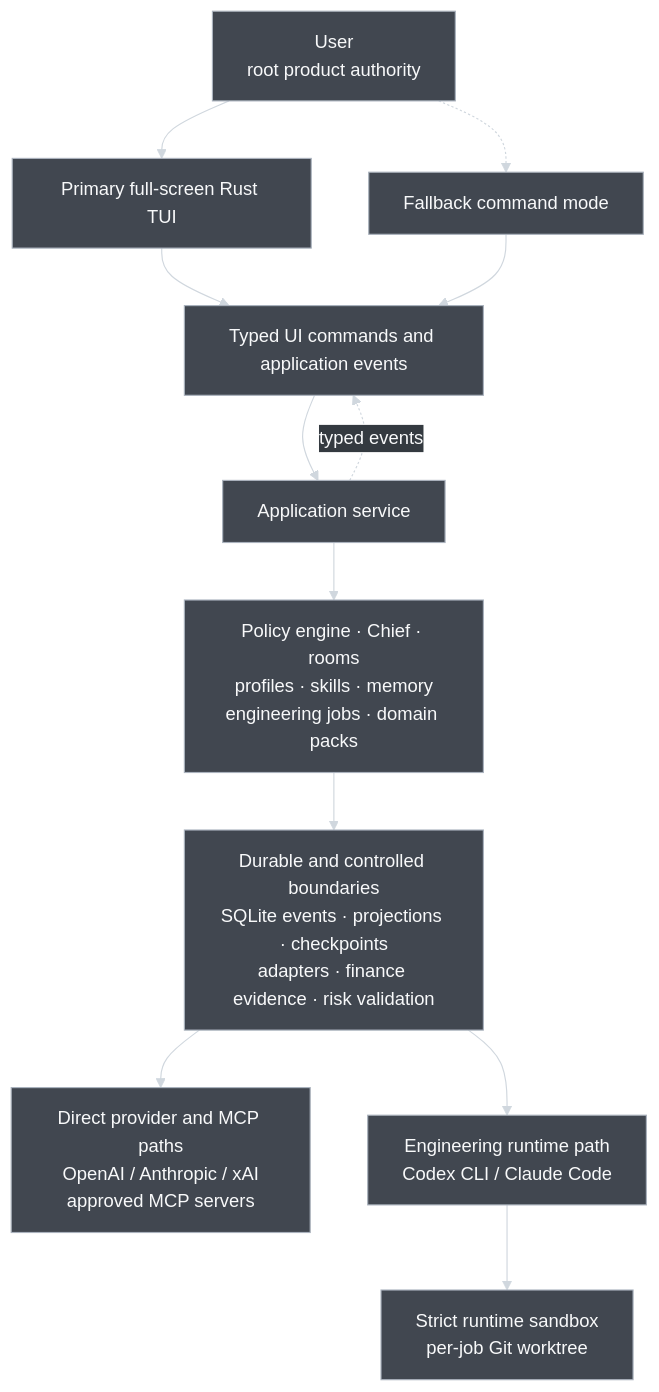
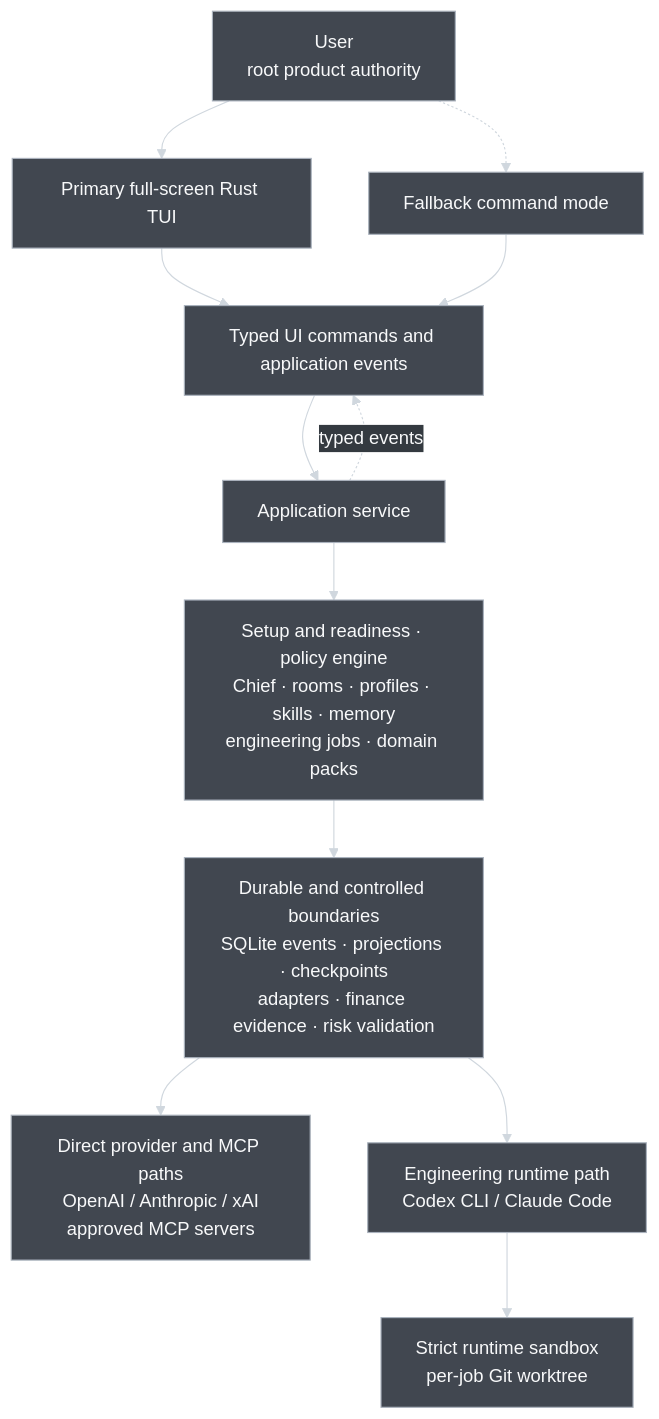
Before and after one commit to nsnguyen/ai-stock-forum: the first of 7 diagrams in architecture.md, drawn with Mermaid. The commit also changed other lines of this file and 1 other file, not shown here.

Commit message:
docs: add version 1 onboarding flow

````diff
--- a/architecture.md
+++ b/architecture.md
@@ -157,36 +179,36 @@
 ```mermaid
 ---
 config:
   theme: base
   themeCSS: "svg { background-color: #2B2F36 !important; }"
   themeVariables:
     darkMode: true
     background: "#2B2F36"
     primaryColor: "#414750"
     primaryTextColor: "#F8F9FA"
     primaryBorderColor: "#AAB2BD"
     secondaryColor: "#343A40"
     secondaryTextColor: "#F8F9FA"
     secondaryBorderColor: "#9AA4AF"
     tertiaryColor: "#4B525C"
     tertiaryTextColor: "#FFFFFF"
     tertiaryBorderColor: "#C5CCD3"
     lineColor: "#D0D7DE"
     textColor: "#F8F9FA"
     edgeLabelBackground: "#343A40"
     clusterBkg: "#30353C"
     clusterBorder: "#8C959F"
 ---
 flowchart TB
     User["User<br/>root product authority"] --> Tui["Primary full-screen Rust TUI"]
     User -.-> Command["Fallback command mode"]
     Tui --> Boundary["Typed UI commands and application events"]
     Command --> Boundary
     Boundary --> App["Application service"]
     App -.->|"typed events"| Boundary
-    App --> Core["Policy engine · Chief · rooms<br/>profiles · skills · memory<br/>engineering jobs · domain packs"]
+    App --> Core["Setup and readiness · policy engine<br/>Chief · rooms · profiles · skills · memory<br/>engineering jobs · domain packs"]
     Core --> Boundaries["Durable and controlled boundaries<br/>SQLite events · projections · checkpoints<br/>adapters · finance evidence · risk validation"]
     Boundaries --> ModelTools["Direct provider and MCP paths<br/>OpenAI / Anthropic / xAI<br/>approved MCP servers"]
     Boundaries --> Coding["Engineering runtime path<br/>Codex CLI / Claude Code"]
     Coding --> Isolation["Strict runtime sandbox<br/>per-job Git worktree"]
 ```
````
